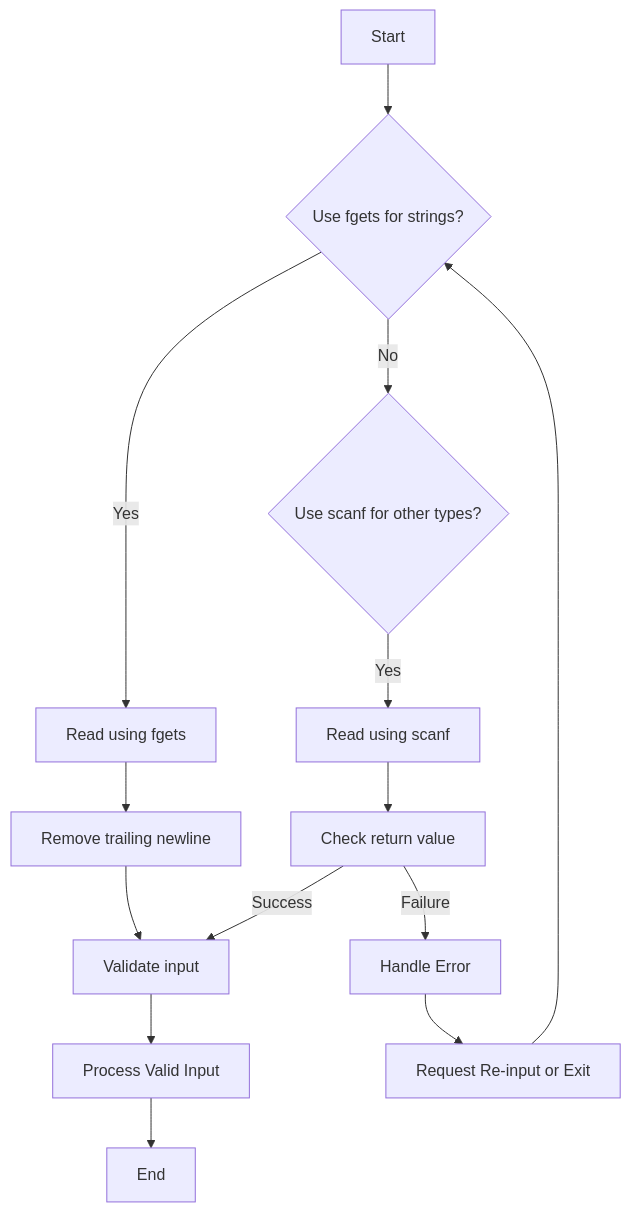
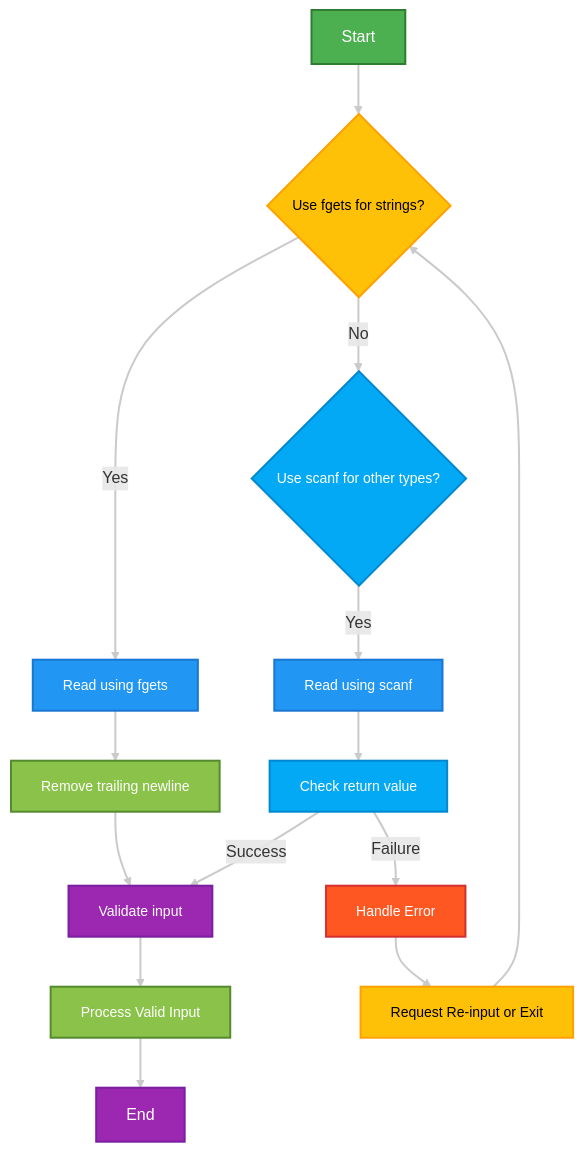
The fourth of 6 diagrams in _posts/2024-11-25-c-input-and-output.md (infoyouth/infoyouth.github.io), drawn with Mermaid before and after one commit. The commit also changed other lines of this file and 1 other file, not shown here.

````diff
--- a/_posts/2024-11-25-c-input-and-output.md
+++ b/_posts/2024-11-25-c-input-and-output.md
@@ -472,17 +511,33 @@
 ```mermaid
 graph TD
-    A[Start] --> B{Use fgets for strings?};
-    B -- Yes --> C[Read using fgets];
-    B -- No --> D{Use scanf for other types?};
-    C --> E[Remove trailing newline];
-    E --> F[Validate input];
-    D -- Yes --> G[Read using scanf];
-    G --> H[Check return value];
-    H -- Success --> F;
-    H -- Failure --> I[Handle Error];
-    F --> J[Process Valid Input];
-    I --> K[Request Re-input or Exit];
-    J --> L[End];
-    K --> B;
+    A[Start] --> B{Use fgets for strings?}
+    B -- Yes --> C[Read using fgets]
+    B -- No --> D{Use scanf for other types?}
+    C --> E[Remove trailing newline]
+    E --> F[Validate input]
+    D -- Yes --> G[Read using scanf]
+    G --> H[Check return value]
+    H -- Success --> F
+    H -- Failure --> I[Handle Error]
+    F --> J[Process Valid Input]
+    I --> K[Request Re-input or Exit]
+    J --> L[End]
+    K --> B
+
+    style A fill:#4CAF50,stroke:#2E7D32,stroke-width:2px,color:#FFFFFF,font-size:16px
+    style B fill:#FFC107,stroke:#FFA000,stroke-width:2px,color:#000000,font-size:14px
+    style C fill:#2196F3,stroke:#1976D2,stroke-width:2px,color:#FFFFFF,font-size:14px
+    style D fill:#03A9F4,stroke:#0288D1,stroke-width:2px,color:#FFFFFF,font-size:14px
+    style E fill:#8BC34A,stroke:#558B2F,stroke-width:2px,color:#FFFFFF,font-size:14px
+    style F fill:#9C27B0,stroke:#7B1FA2,stroke-width:2px,color:#FFFFFF,font-size:14px
+    style G fill:#2196F3,stroke:#1976D2,stroke-width:2px,color:#FFFFFF,font-size:14px
+    style H fill:#03A9F4,stroke:#0288D1,stroke-width:2px,color:#FFFFFF,font-size:14px
+    style I fill:#FF5722,stroke:#D32F2F,stroke-width:2px,color:#FFFFFF,font-size:14px
+    style J fill:#8BC34A,stroke:#558B2F,stroke-width:2px,color:#FFFFFF,font-size:14px
+    style K fill:#FFC107,stroke:#FFA000,stroke-width:2px,color:#000000,font-size:14px
+    style L fill:#9C27B0,stroke:#7B1FA2,stroke-width:2px,color:#FFFFFF,font-size:16px
+
+    linkStyle default stroke:#BDBDBD,stroke-width:2px,opacity:0.8
+
 
 ```
````
